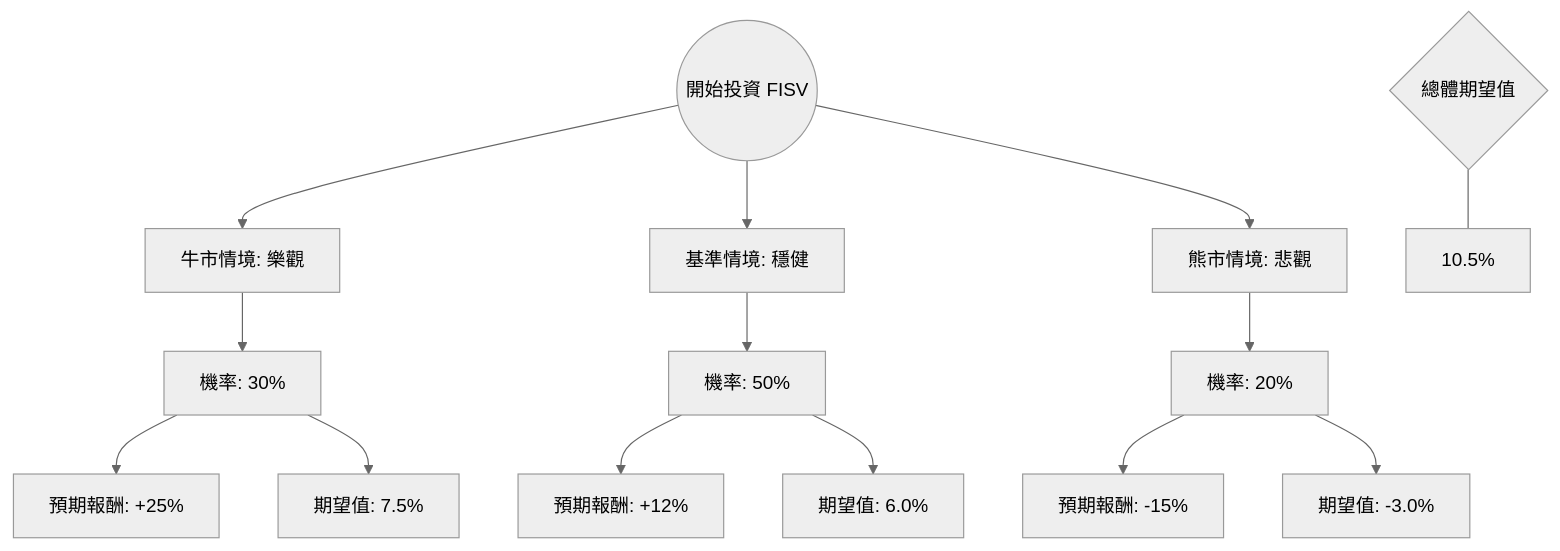
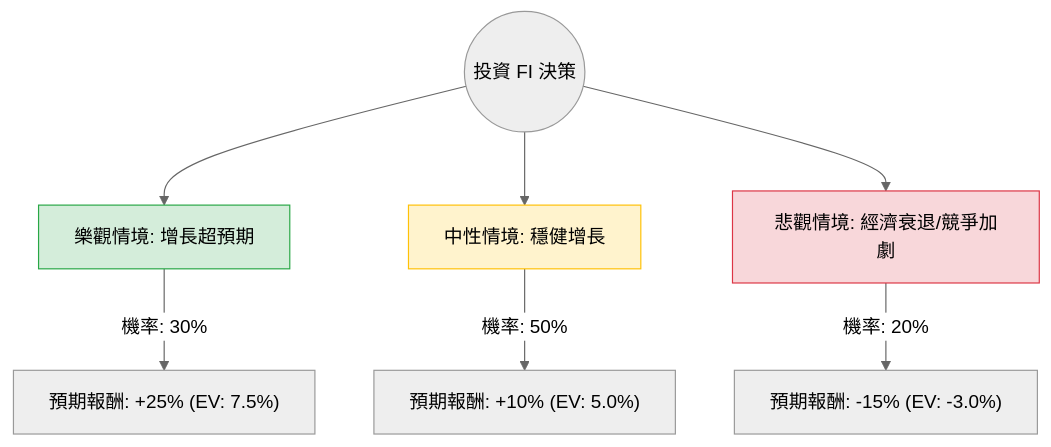
One commit to zmcx16/zmcx16.github.io changed the diagram in plugin-react/ai-analysis/ev-analysis/FISV.md. Above: the diagram before and after it, drawn with Mermaid (neutral theme). The commit also changed other lines of this file and 79 other files, not shown here.

````diff
--- a/plugin-react/ai-analysis/ev-analysis/FISV.md
+++ b/plugin-react/ai-analysis/ev-analysis/FISV.md
@@ -21,20 +21,14 @@
 ```mermaid
 graph TD
-    Start((開始投資 FISV)) --> Bull[牛市情境: 樂觀]
-    Start --> Base[基準情境: 穩健]
-    Start --> Bear[熊市情境: 悲觀]
+    Start((投資 FI 決策)) --> Bull[樂觀情境: 增長超預期]
+    Start --> Base[中性情境: 穩健增長]
+    Start --> Bear[悲觀情境: 經濟衰退/競爭加劇]
 
-    Bull --> Bull_P[機率: 30%]
-    Bull_P --> Bull_R[預期報酬: +25%]
-    Bull_P --> Bull_EV[期望值: 7.5%]
+    Bull -- "機率: 30%" --> Bull_Val["預期報酬: +25% (EV: 7.5%)"]
+    Base -- "機率: 50%" --> Base_Val["預期報酬: +10% (EV: 5.0%)"]
+    Bear -- "機率: 20%" --> Bear_Val["預期報酬: -15% (EV: -3.0%)"]
 
-    Base --> Base_P[機率: 50%]
-    Base_P --> Base_R[預期報酬: +12%]
-    Base_P --> Base_EV[期望值: 6.0%]
-
-    Bear --> Bear_P[機率: 20%]
-    Bear_P --> Bear_R[預期報酬: -15%]
-    Bear_P --> Bear_EV[期望值: -3.0%]
-
-    Total_EV{總體期望值} --- Result[10.5%]
+    style Bull fill:#d4edda,stroke:#28a745
+    style Base fill:#fff3cd,stroke:#ffc107
+    style Bear fill:#f8d7da,stroke:#dc3545
 ```
````
